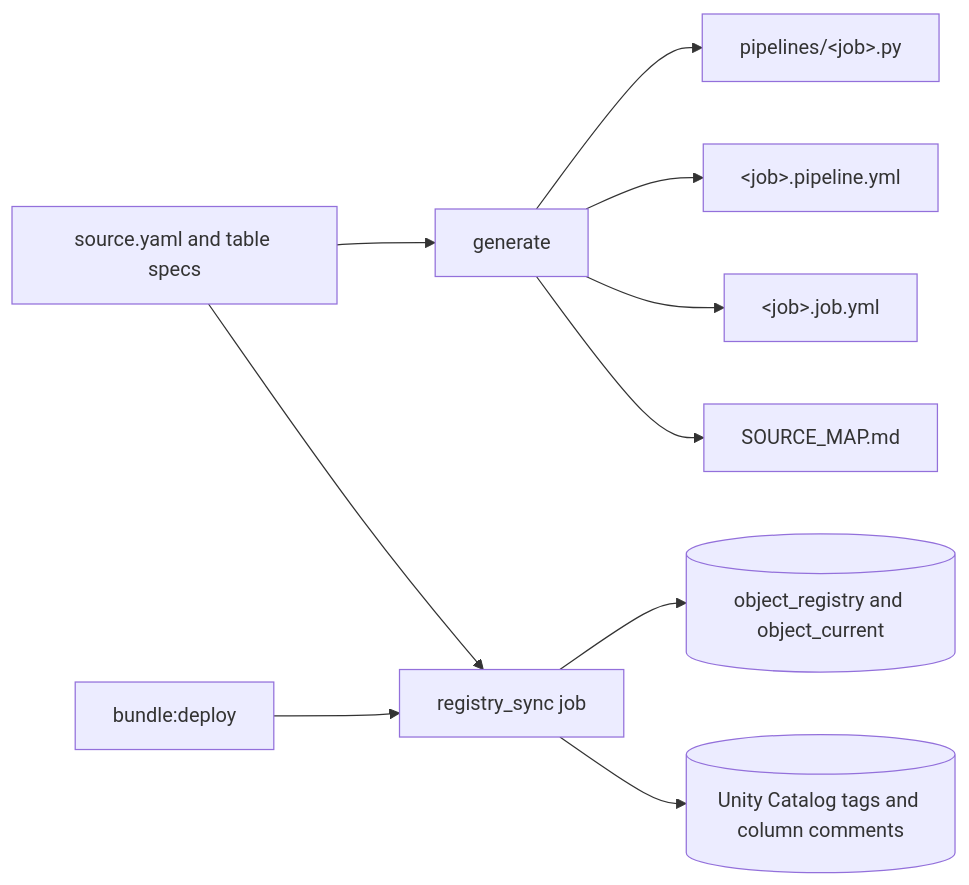
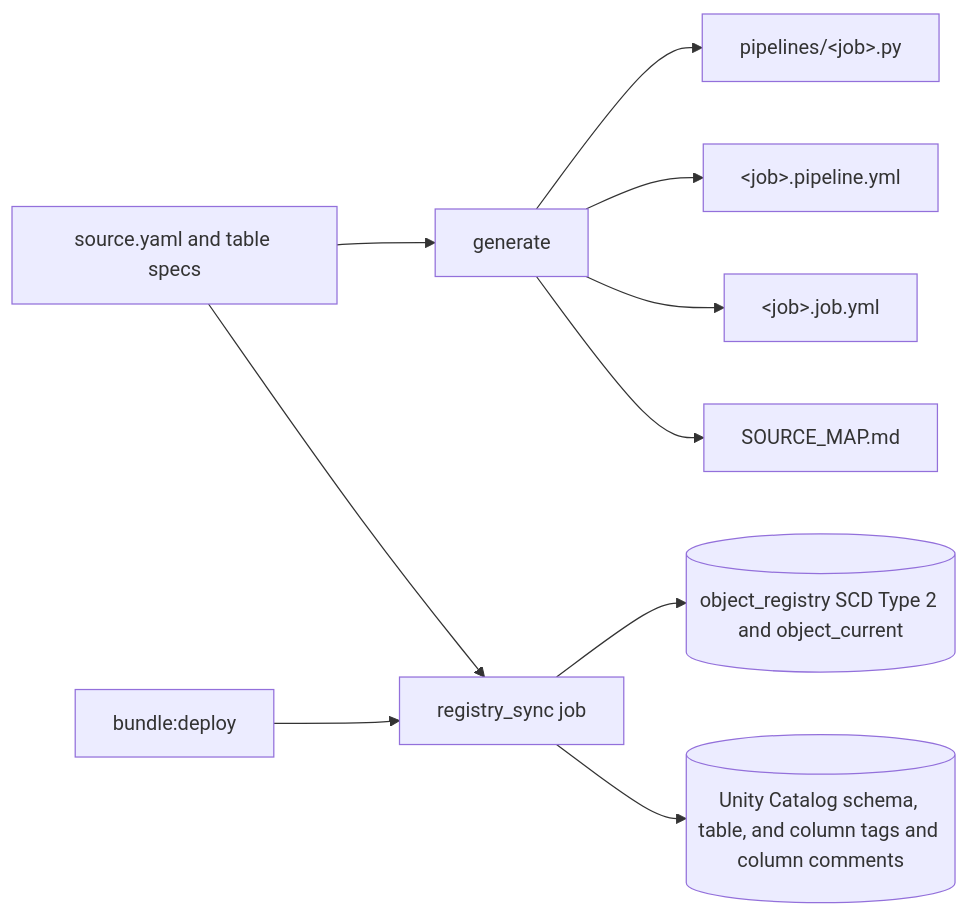
The first of 9 diagrams in framework_docs/ARCHITECTURE.md (NitinKeshavB/framework), drawn with Mermaid before and after one commit. The commit also changed other lines of this file and 17 other files, not shown here.

First line of the commit message:
Load source, schema, and spec metadata as SCD Type 2 at deploy and tag schemas, tables, and jobs

````diff
--- a/framework_docs/ARCHITECTURE.md
+++ b/framework_docs/ARCHITECTURE.md
@@ -43,12 +43,12 @@
 ```mermaid
 flowchart LR
   spec[source.yaml and table specs] --> generate[generate]
   generate --> pipelineFile["pipelines/&lt;job&gt;.py"]
   generate --> pipelineRes["&lt;job&gt;.pipeline.yml"]
   generate --> jobRes["&lt;job&gt;.job.yml"]
   generate --> map[SOURCE_MAP.md]
   deploy[bundle:deploy] --> registrySync[registry_sync job]
   spec --> registrySync
-  registrySync --> registry[(object_registry and object_current)]
-  registrySync --> uc[(Unity Catalog tags and column comments)]
+  registrySync --> registry[(object_registry SCD Type 2 and object_current)]
+  registrySync --> uc[(Unity Catalog schema, table, and column tags and column comments)]
 ```
````
